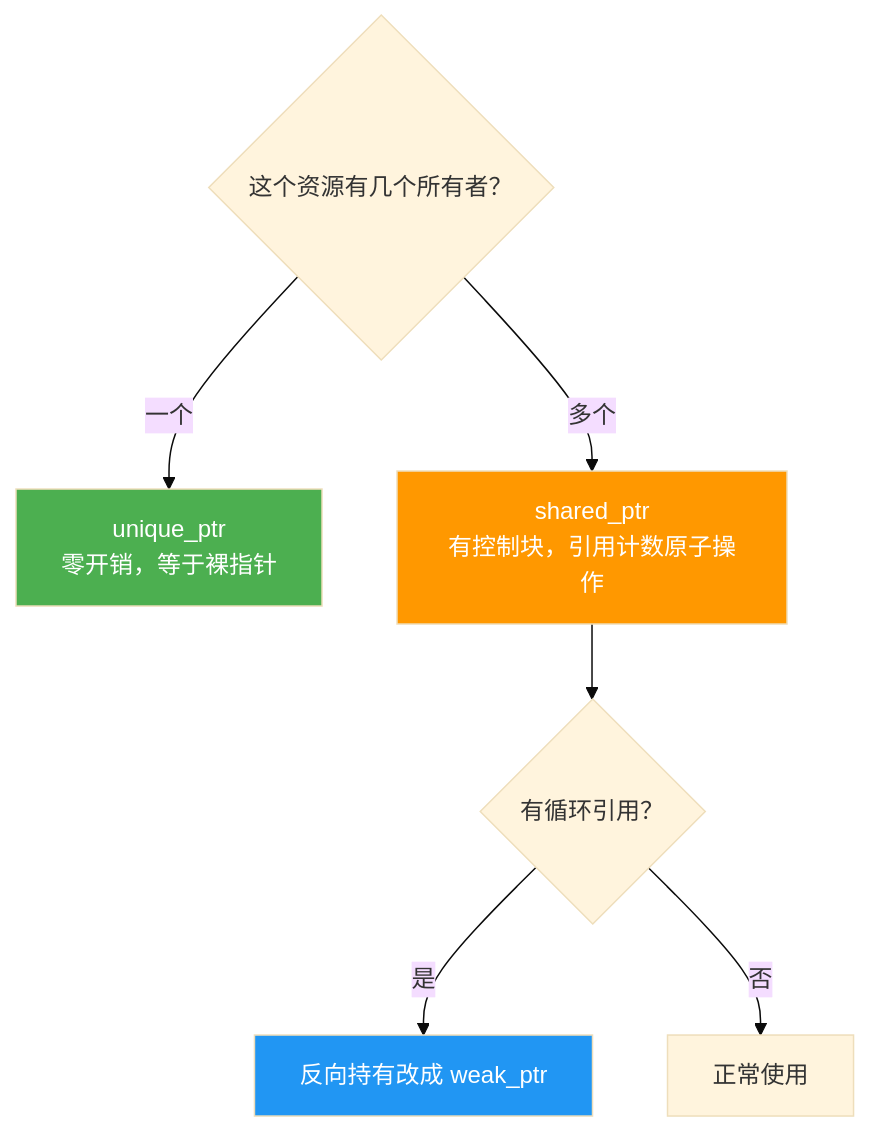
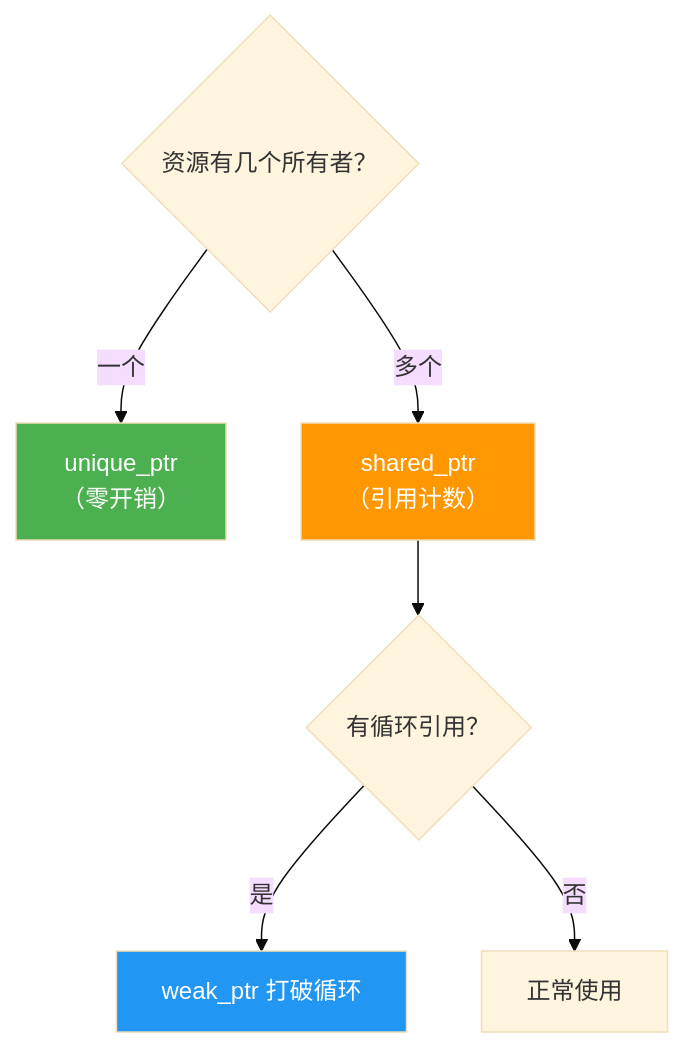
One commit to kok-s0s/job_ changed the third of 6 diagrams in cpp/memory_management.md. Above: the diagram before and after it, drawn with Mermaid (base theme). The commit also changed other lines of this file and 1 other file, not shown here.

Commit message:
fix: 修复 Mermaid 节点中文文字溢出问题，缩短节点标签

````diff
--- a/cpp/memory_management.md
+++ b/cpp/memory_management.md
@@ -106,12 +106,12 @@
 ```mermaid
 flowchart TD
-    Q{这个资源有几个所有者？}
-    Q -->|一个| U[unique_ptr\n零开销，等于裸指针]
-    Q -->|多个| S[shared_ptr\n有控制块，引用计数原子操作]
-    S --> CQ{有循环引用？}
-    CQ -->|是| W[反向持有改成 weak_ptr]
-    CQ -->|否| OK[正常使用]
+    Q{"资源有几个所有者？"}
+    Q -->|一个| U["unique_ptr\n（零开销）"]
+    Q -->|多个| S["shared_ptr\n（引用计数）"]
+    S --> CQ{"有循环引用？"}
+    CQ -->|是| W["weak_ptr 打破循环"]
+    CQ -->|否| OK["正常使用"]
     style U fill:#4CAF50,color:#fff
     style S fill:#FF9800,color:#fff
     style W fill:#2196F3,color:#fff
 ```
````
